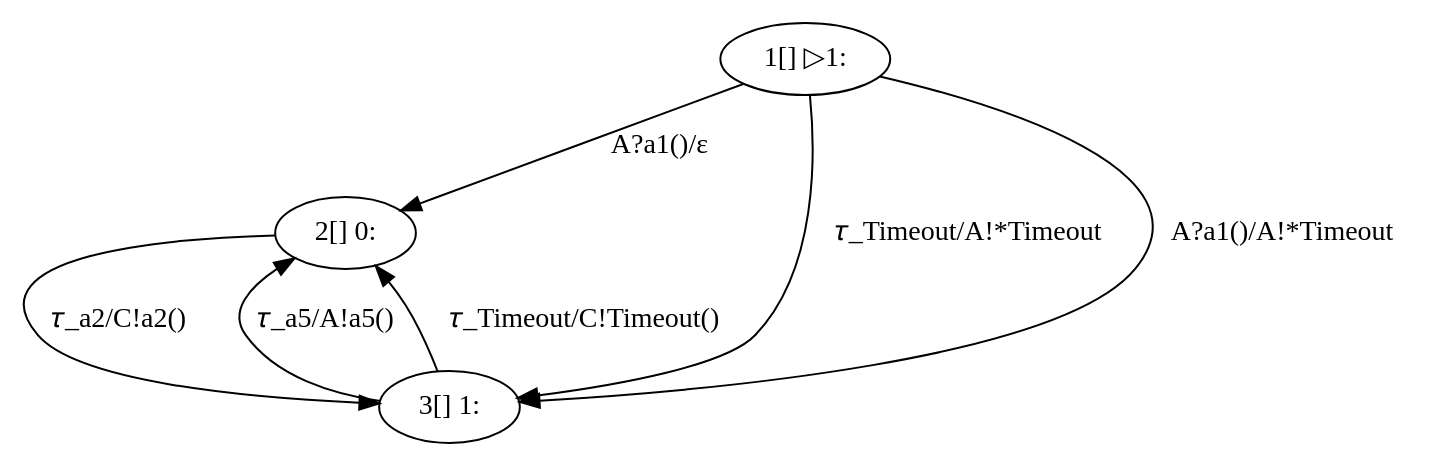
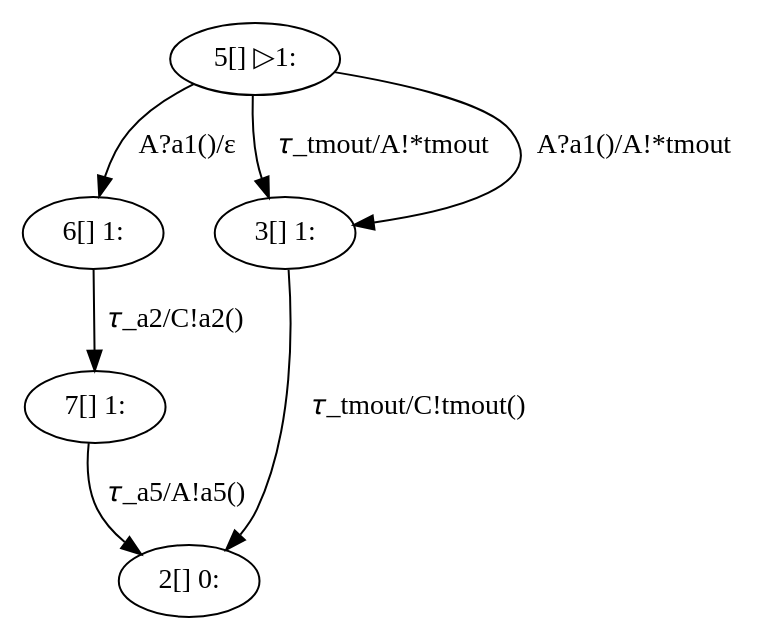
Before and after one commit to LauraVoinea/scribble-java: the diagram in generated/Timeout/B.dot, drawn with Graphviz. The commit also changed 16 other files, not shown here.

```diff
--- a/generated/Timeout/B.dot
+++ b/generated/Timeout/B.dot
@@ -1,13 +1,14 @@
 digraph G {
 compound = true;
-"1" [ label="1[] ▷1:" ];
-"2" [ label="2[] 1:" ];
+"5" [ label="5[] ▷1:" ];
+"6" [ label="6[] 1:" ];
+"7" [ label="7[] 1:" ];
+"2" [ label="2[] 0:" ];
 "3" [ label="3[] 1:" ];
-"2" [ label="2[] 0:" ];
-"1" -> "3" [ label="𝜏_Timeout/A!*Timeout" ];
-"2" -> "3" [ label="𝜏_a2/C!a2()" ];
-"3" -> "2" [ label="𝜏_a5/A!a5()" ];
-"3" -> "2" [ label="𝜏_Timeout/C!Timeout()" ];
-"1" -> "2" [ label="A?a1()/ε" ];
-"1" -> "3" [ label="A?a1()/A!*Timeout" ];
+"5" -> "3" [ label="𝜏_tmout/A!*tmout" ];
+"5" -> "6" [ label="A?a1()/ε" ];
+"5" -> "3" [ label="A?a1()/A!*tmout" ];
+"6" -> "7" [ label="𝜏_a2/C!a2()" ];
+"7" -> "2" [ label="𝜏_a5/A!a5()" ];
+"3" -> "2" [ label="𝜏_tmout/C!tmout()" ];
 }
```
